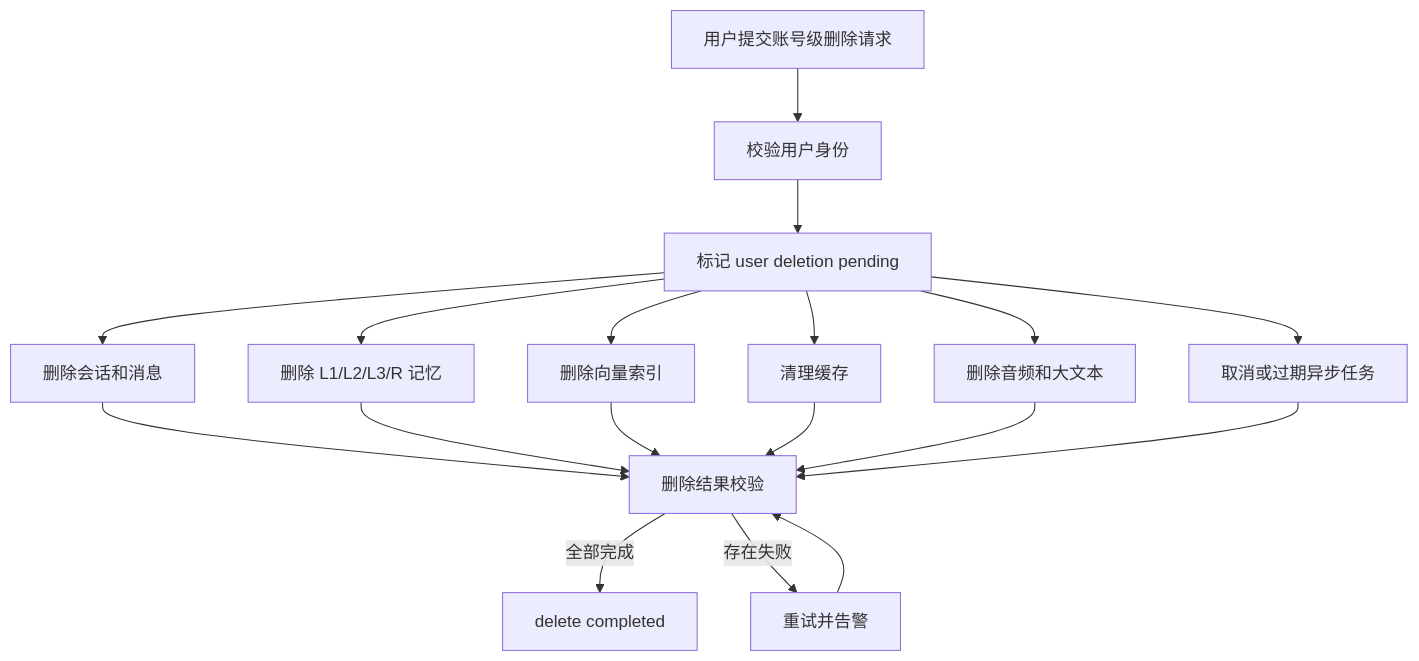
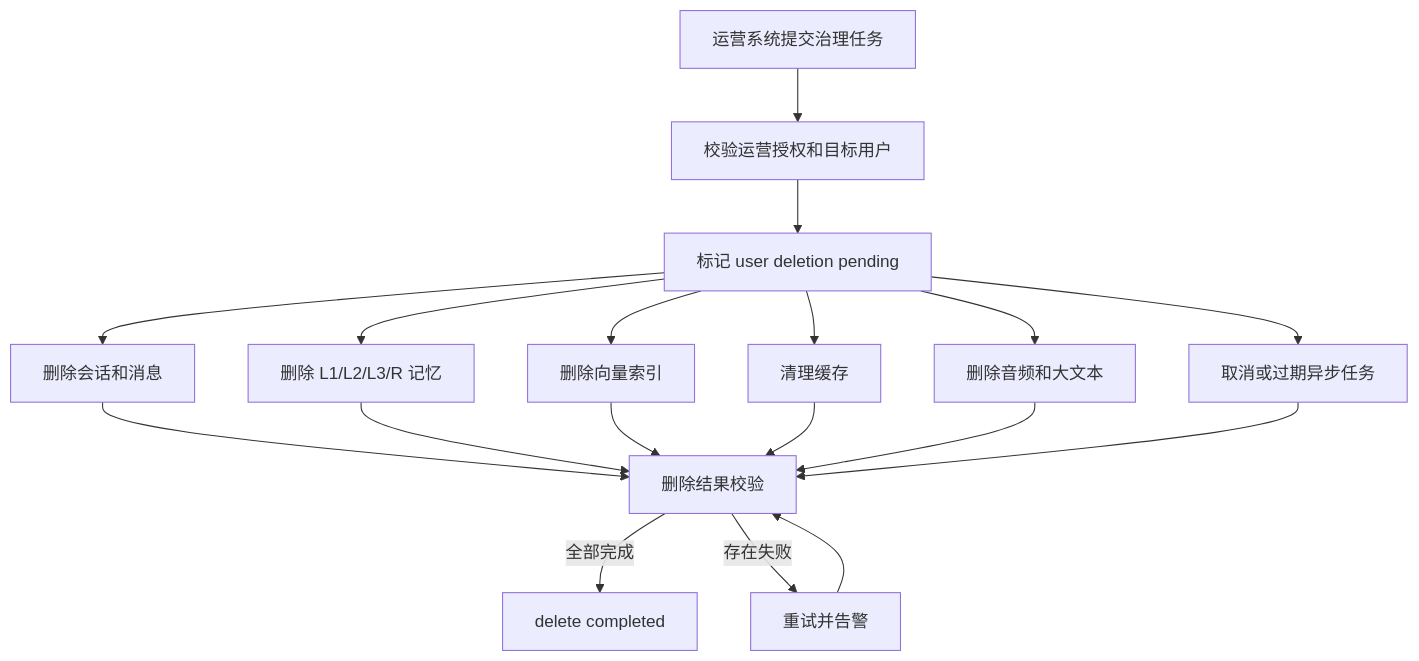
Before and after one commit to gaoyong06/companion-service: the tenth of 11 diagrams in docs/uml.md, drawn with Mermaid. The commit also changed other lines of this file and 50 other files, not shown here.

````diff
--- a/docs/uml.md
+++ b/docs/uml.md
@@ -147,20 +252,20 @@
 ```mermaid
 flowchart TD
-    Request[用户提交账号级删除请求] --> Verify[校验用户身份]
+    Request[运营系统提交治理任务] --> Verify[校验运营授权和目标用户]
     Verify --> Mark[标记 user deletion pending]
     Mark --> Conversation[删除会话和消息]
     Mark --> Memory[删除 L1/L2/L3/R 记忆]
     Mark --> Vector[删除向量索引]
     Mark --> Cache[清理缓存]
     Mark --> Object[删除音频和大文本]
     Mark --> Queue[取消或过期异步任务]
     Conversation --> Check[删除结果校验]
     Memory --> Check
     Vector --> Check
     Cache --> Check
     Object --> Check
     Queue --> Check
     Check -->|全部完成| Completed[delete completed]
     Check -->|存在失败| Retry[重试并告警]
     Retry --> Check
 ```
````
